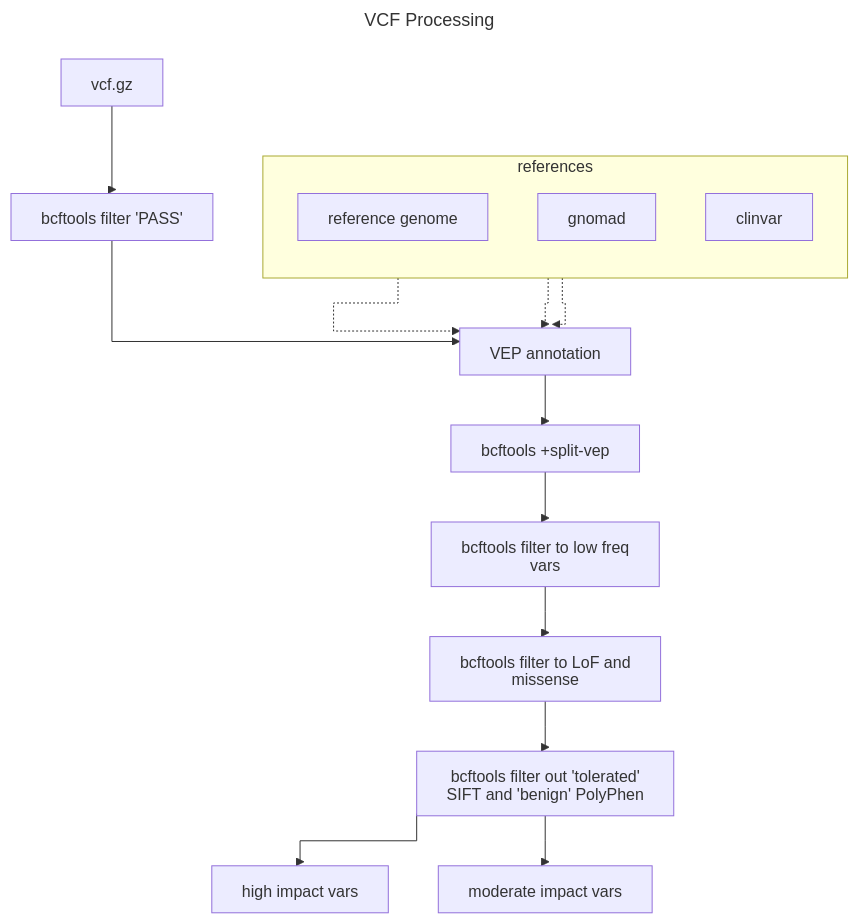
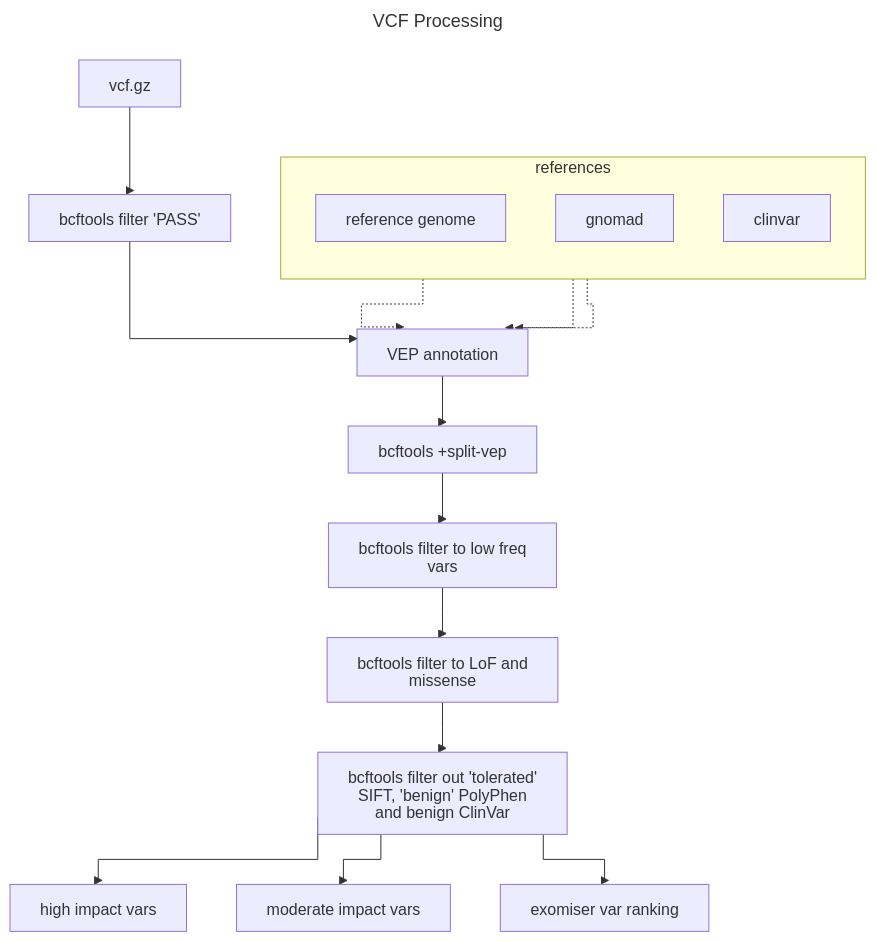
Before and after one commit to JReneWong/Xocolatl_MX: the second of 2 diagrams in README.md, drawn with Mermaid. The commit also changed other lines of this file, not shown here.

Commit message:
update README.md with exomiser

````diff
--- a/README.md
+++ b/README.md
@@ -47,29 +47,30 @@
 ```mermaid
 ---
 title: VCF Processing
 config:
   htmlLabels: false
   flowchart:
     curve: stepBefore
 ---
 flowchart TB
   vcf.gz --> filterpass[bcftools filter 'PASS']
   filterpass --> vep[VEP annotation]
   vep --> splitvep[bcftools +split-vep]
   splitvep --> lowfreqvar[bcftools filter to low freq vars]
   lowfreqvar --> synonymous[bcftools filter to LoF and missense]
-  synonymous --> siftpolyphen[bcftools filter out 'tolerated' SIFT and 'benign' PolyPhen]
-  siftpolyphen --> highimpact[high impact vars]
-  siftpolyphen --> moderateimpact[moderate impact vars]
+  synonymous --> siftpolyphenclinvar[bcftools filter out 'tolerated' SIFT, 'benign' PolyPhen and benign ClinVar]
+  siftpolyphenclinvar --> highimpact[high impact vars]
+  siftpolyphenclinvar --> moderateimpact[moderate impact vars]
+  siftpolyphenclinvar --> exomiser[exomiser var ranking]
 
   subgraph references
     direction TB
     refgenome[reference genome]
     gnomad
     clinvar
   end
 
   refgenome[reference genome] -.-> vep
   gnomad -.-> vep
   clinvar -.-> vep
 ```
````
